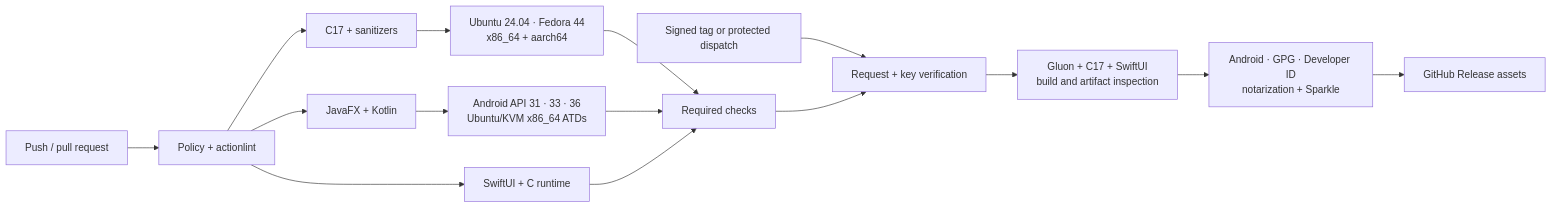
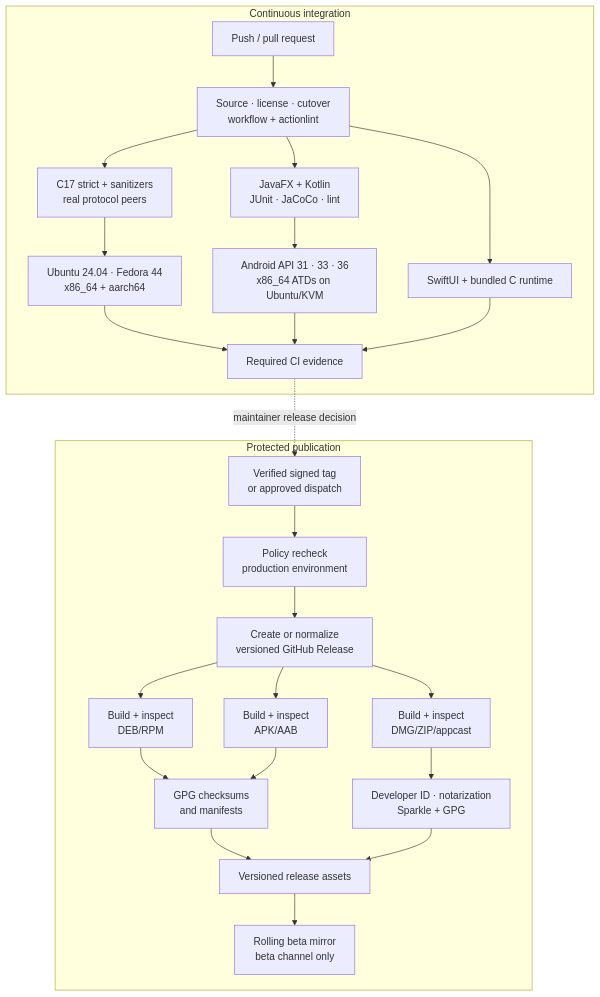
The diagram in docs/github-cicd.md (JohnThre/clambhook), drawn with Mermaid before and after one commit. The commit also changed other lines of this file and 28 other files, not shown here.

Commit message:
Refresh documentation and diagrams

````diff
--- a/docs/github-cicd.md
+++ b/docs/github-cicd.md
@@ -54,17 +55,30 @@
 ```mermaid
-flowchart LR
-    push["Push / pull request"] --> policy["Policy + actionlint"]
-    policy --> c["C17 + sanitizers"]
-    policy --> java["JavaFX + Kotlin"]
-    policy --> swift["SwiftUI + C runtime"]
-    c --> distro["Ubuntu 24.04 · Fedora 44<br/>x86_64 + aarch64"]
-    java --> device["Android API 31 · 33 · 36<br/>Ubuntu/KVM x86_64 ATDs"]
-    distro --> required["Required checks"]
-    device --> required
-    swift --> required
-    tag["Signed tag or protected dispatch"] --> verify["Request + key verification"]
-    required --> verify
-    verify --> build["Gluon + C17 + SwiftUI<br/>build and artifact inspection"]
-    build --> sign["Android · GPG · Developer ID<br/>notarization + Sparkle"]
-    sign --> release["GitHub Release assets"]
+flowchart TB
+    subgraph ci["Continuous integration"]
+        push["Push / pull request"] --> policy["Source · license · cutover<br/>workflow + actionlint"]
+        policy --> c["C17 strict + sanitizers<br/>real protocol peers"]
+        policy --> java["JavaFX + Kotlin<br/>JUnit · JaCoCo · lint"]
+        policy --> swift["SwiftUI + bundled C runtime"]
+        c --> distro["Ubuntu 24.04 · Fedora 44<br/>x86_64 + aarch64"]
+        java --> device["Android API 31 · 33 · 36<br/>x86_64 ATDs on Ubuntu/KVM"]
+        distro --> checks["Required CI evidence"]
+        device --> checks
+        swift --> checks
+    end
+
+    subgraph publication["Protected publication"]
+        request["Verified signed tag<br/>or approved dispatch"] --> guard["Policy recheck<br/>production environment"]
+        guard --> release["Create or normalize<br/>versioned GitHub Release"]
+        release --> linux["Build + inspect<br/>DEB/RPM"]
+        release --> android["Build + inspect<br/>APK/AAB"]
+        release --> macos["Build + inspect<br/>DMG/ZIP/appcast"]
+        linux --> signed["GPG checksums<br/>and manifests"]
+        android --> signed
+        macos --> signedMac["Developer ID · notarization<br/>Sparkle + GPG"]
+        signed --> assets["Versioned release assets"]
+        signedMac --> assets
+        assets --> beta["Rolling beta mirror<br/>beta channel only"]
+    end
+
+    checks -. maintainer release decision .-> request
 ```
````
